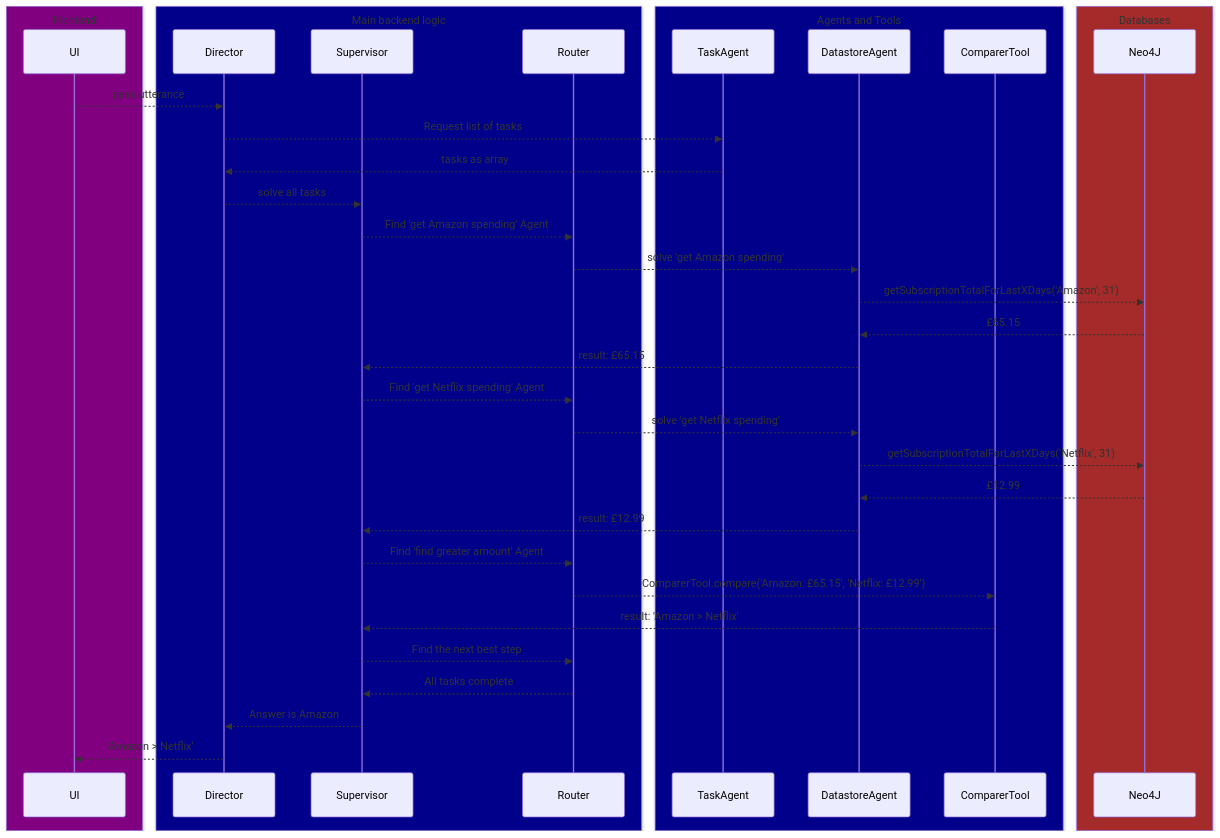
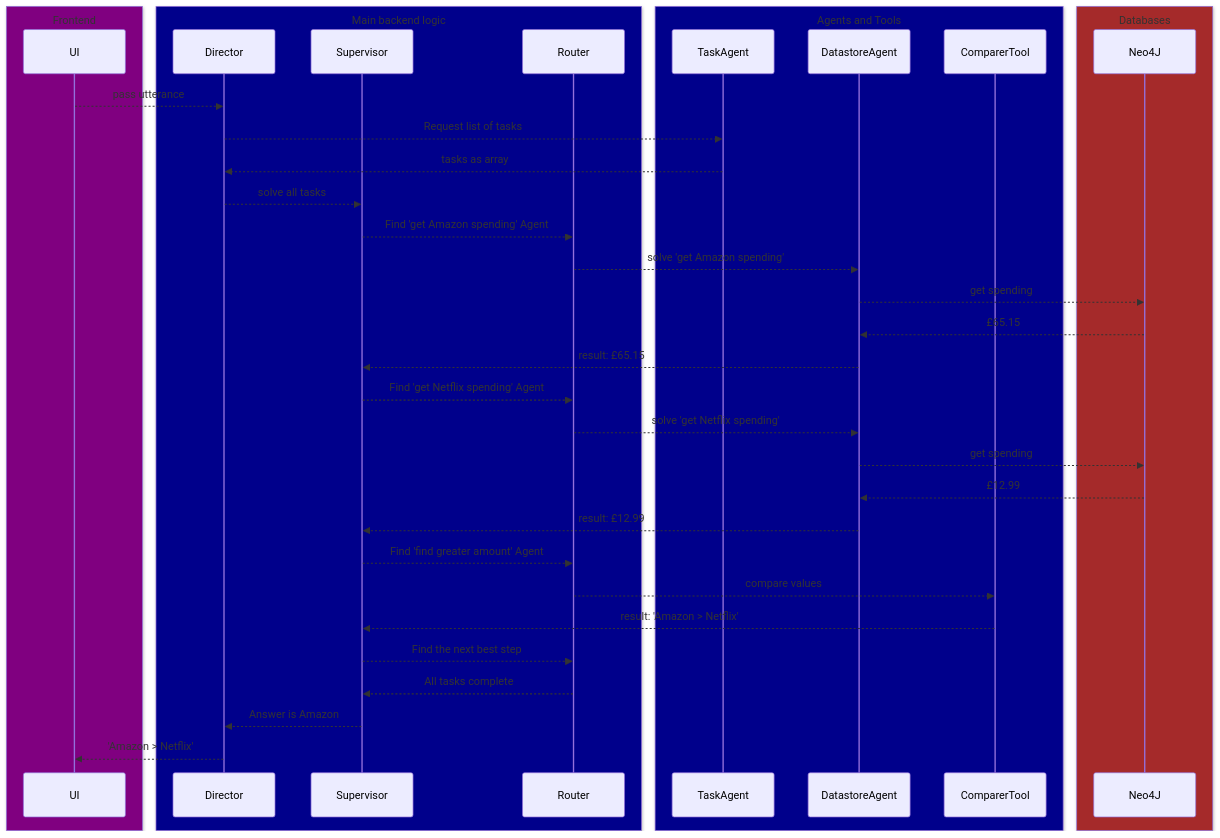
The second of 2 diagrams in assets/sum-my-subscriptions/happy_flows_sum_my_subs_top_level_concepts.md (WaitThatShouldntWork/InferGPT), drawn with Mermaid before and after one commit. The commit also changed 3 other files, not shown here.

````diff
--- a/assets/sum-my-subscriptions/happy_flows_sum_my_subs_top_level_concepts.md
+++ b/assets/sum-my-subscriptions/happy_flows_sum_my_subs_top_level_concepts.md
@@ -10,40 +10,40 @@
 ```mermaid
 sequenceDiagram
     box Purple Frontend
     participant UI
     end
     box DarkBlue Main backend logic
     participant Director
     participant Supervisor
     participant Router
     end
     box DarkBlue Agents and Tools
     participant TaskAgent
     participant DatastoreAgent
     participant ComparerTool
     end
     box Brown Databases
     participant Neo4J
     end
     UI -->> Director: pass utterance
     Director -->> TaskAgent: Request list of tasks
     TaskAgent -->> Director: tasks as array
     Director -->> Supervisor: solve all tasks
     Supervisor -->> Router: Find 'get Amazon spending' Agent
     Router -->> DatastoreAgent: solve 'get Amazon spending'
-    DatastoreAgent -->> Neo4J: getSubscriptionTotalForLastXDays('Amazon', 31)
+    DatastoreAgent -->> Neo4J: get spending
     Neo4J -->> DatastoreAgent: £65.15
     DatastoreAgent -->> Supervisor: result: £65.15
     Supervisor -->> Router: Find 'get Netflix spending' Agent
     Router -->> DatastoreAgent: solve 'get Netflix spending'
-    DatastoreAgent -->> Neo4J: getSubscriptionTotalForLastXDays('Netflix', 31)
+    DatastoreAgent -->> Neo4J: get spending
     Neo4J -->> DatastoreAgent: £12.99
     DatastoreAgent -->> Supervisor: result: £12.99
     Supervisor -->> Router: Find 'find greater amount' Agent
-    Router -->> ComparerTool: ComparerTool.compare('Amazon: £65.15', 'Netflix: £12.99')
+    Router -->> ComparerTool: compare values
     ComparerTool -->> Supervisor: result: 'Amazon > Netflix'
     Supervisor -->> Router: Find the next best step
     Router -->> Supervisor: All tasks complete
     Supervisor -->> Director: Answer is Amazon
     Director -->> UI: 'Amazon > Netflix'
 ```
````
